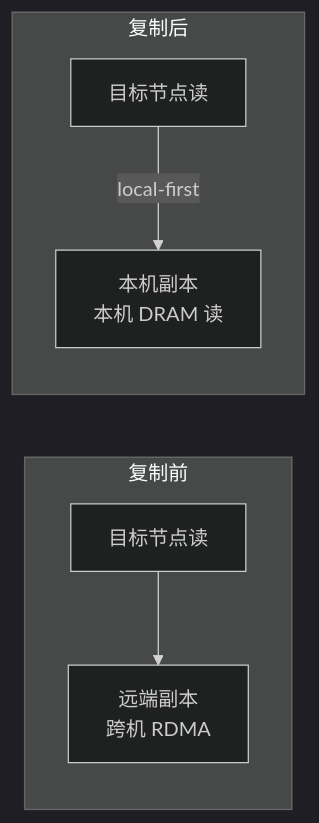
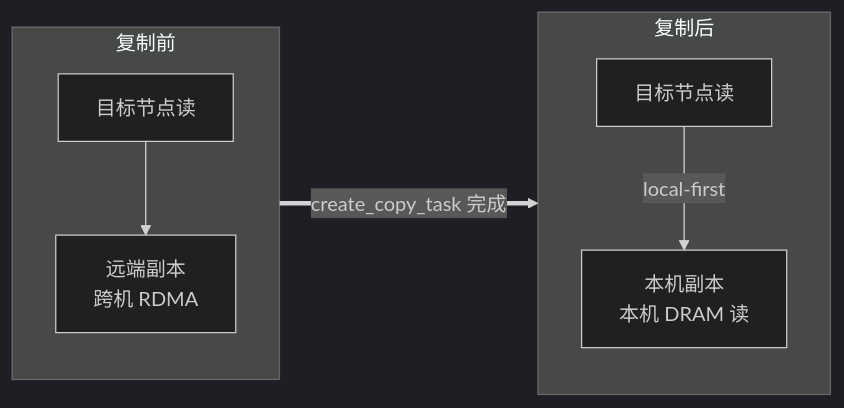
One commit to 5x8-40/lake changed the second of 3 diagrams in docs/dynamo-ascend/decisions/D003-kv-prefetch.md. Above: the diagram before and after it, drawn with Mermaid (dark theme). The commit also changed other lines of this file, not shown here.

First line of the commit message:
docs(dynamo-ascend): D003 B2 四点修订——横向图/副本数/时序联动/key 名单

````diff
--- a/docs/dynamo-ascend/decisions/D003-kv-prefetch.md
+++ b/docs/dynamo-ascend/decisions/D003-kv-prefetch.md
@@ -150,9 +150,10 @@
 ```mermaid
 flowchart LR
     subgraph Before[复制前]
         R1[目标节点读] --> REM[远端副本<br/>跨机 RDMA]
     end
+    Before ==>|create_copy_task 完成| After
     subgraph After[复制后]
         R2[目标节点读] -->|local-first| LOC[本机副本<br/>本机 DRAM 读]
     end
 ```
````
